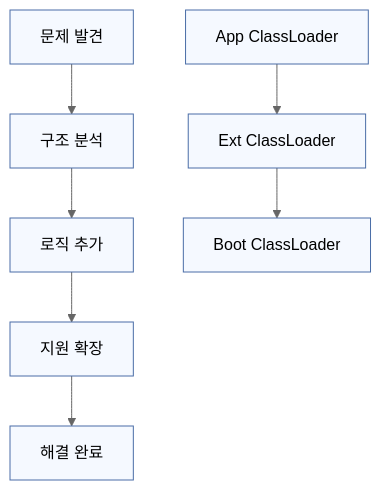
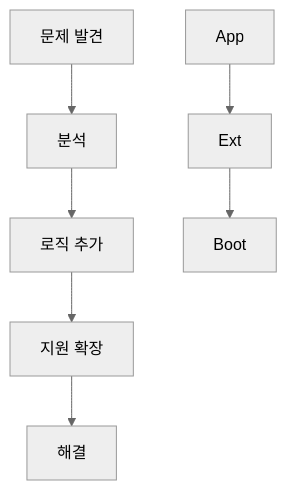
The sixth of 7 diagrams in _posts/2025-03-15-feature-flag-system.md (yeokyeong-yoon/yeokyeong-yoon.github.io), drawn with Mermaid (neutral theme) before and after one commit. The commit also changed other lines of this file, not shown here.

Commit message:
docs: further simplify mermaid diagrams to fix rendering errors

````diff
--- a/_posts/2025-03-15-feature-flag-system.md
+++ b/_posts/2025-03-15-feature-flag-system.md
@@ -791,19 +775,10 @@
 ```mermaid
 graph TD
-    A[문제 발견] --> B[구조 분석]
+    A[문제 발견] --> B[분석]
     B --> C[로직 추가]
     C --> D[지원 확장]
-    D --> E[해결 완료]
+    D --> E[해결]
     
-    F[App ClassLoader] --> G[Ext ClassLoader]
-    G --> H[Boot ClassLoader]
-    
-    style A fill:#f5f9ff,stroke:#4a6da7
-    style B fill:#f5f9ff,stroke:#4a6da7
-    style C fill:#f5f9ff,stroke:#4a6da7
-    style D fill:#f5f9ff,stroke:#4a6da7
-    style E fill:#f5f9ff,stroke:#4a6da7
-    style F fill:#f5f9ff,stroke:#4a6da7
-    style G fill:#f5f9ff,stroke:#4a6da7
-    style H fill:#f5f9ff,stroke:#4a6da7
+    F[App] --> G[Ext]
+    G --> H[Boot]
 ```
````
